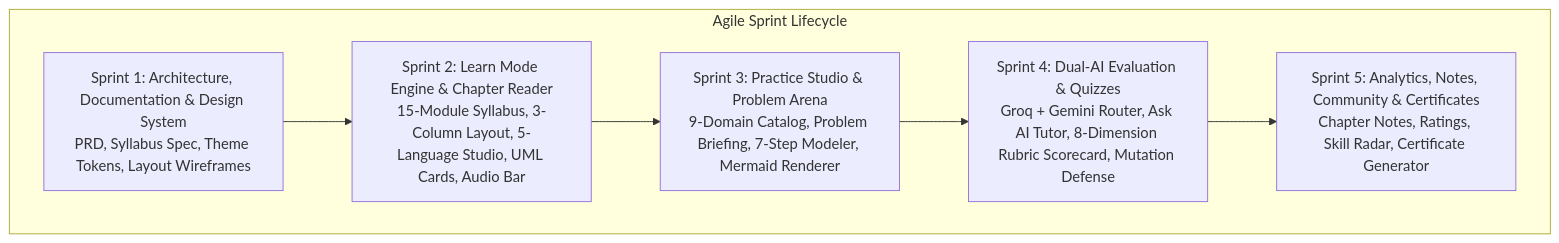
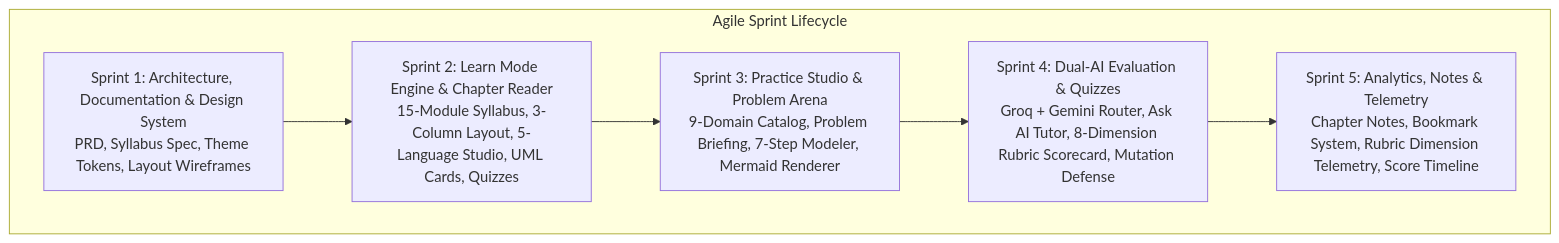
The diagram in docs/AGILE_SPRINT_PLAN.md (SachinManral/DesignLoop), drawn with Mermaid before and after one commit. The commit also changed other lines of this file and 6 other files, not shown here.

````diff
--- a/docs/AGILE_SPRINT_PLAN.md
+++ b/docs/AGILE_SPRINT_PLAN.md
@@ -5,11 +5,11 @@
 ```mermaid
 flowchart TD
     subgraph Sprints ["Agile Sprint Lifecycle"]
         S1["Sprint 1: Architecture, Documentation & Design System<br/>PRD, Syllabus Spec, Theme Tokens, Layout Wireframes"]
-        S2["Sprint 2: Learn Mode Engine & Chapter Reader<br/>15-Module Syllabus, 3-Column Layout, 5-Language Studio, UML Cards, Audio Bar"]
+        S2["Sprint 2: Learn Mode Engine & Chapter Reader<br/>15-Module Syllabus, 3-Column Layout, 5-Language Studio, UML Cards, Quizzes"]
         S3["Sprint 3: Practice Studio & Problem Arena<br/>9-Domain Catalog, Problem Briefing, 7-Step Modeler, Mermaid Renderer"]
         S4["Sprint 4: Dual-AI Evaluation & Quizzes<br/>Groq + Gemini Router, Ask AI Tutor, 8-Dimension Rubric Scorecard, Mutation Defense"]
-        S5["Sprint 5: Analytics, Notes, Community & Certificates<br/>Chapter Notes, Ratings, Skill Radar, Certificate Generator"]
+        S5["Sprint 5: Analytics, Notes & Telemetry<br/>Chapter Notes, Bookmark System, Rubric Dimension Telemetry, Score Timeline"]
     end
     S1 --> S2 --> S3 --> S4 --> S5
 ```
````
